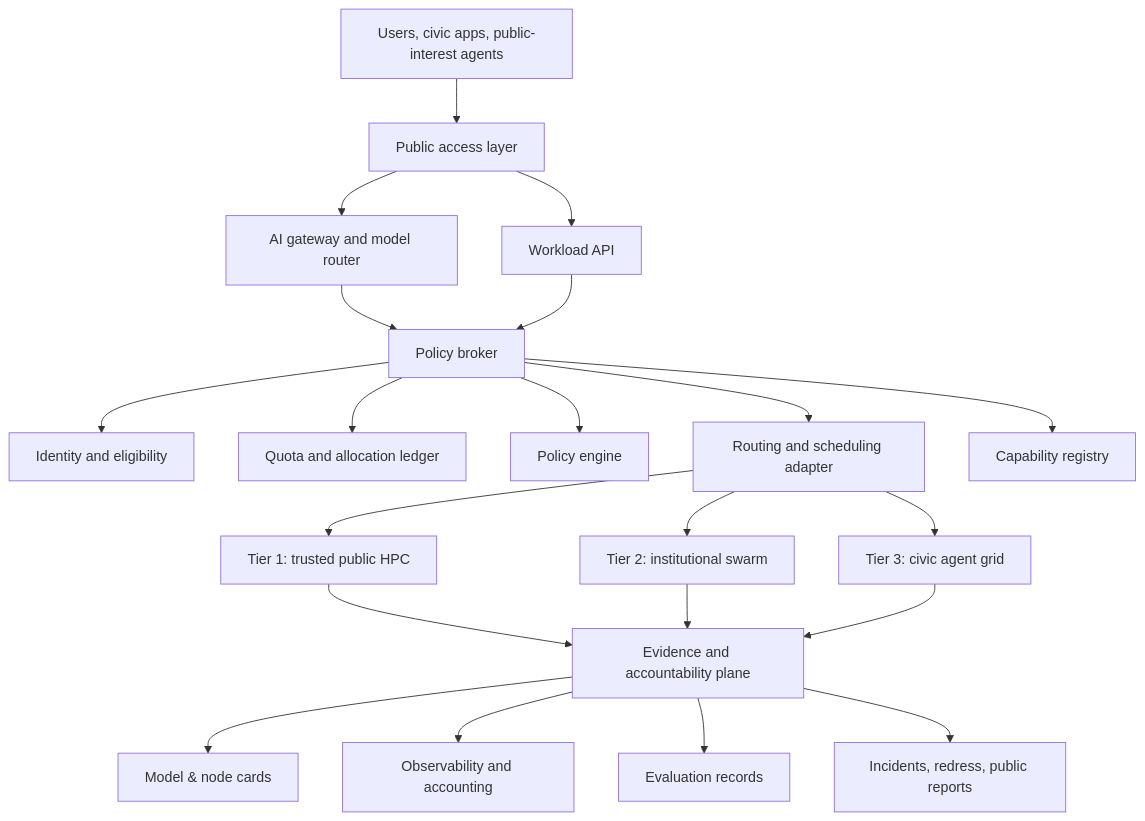
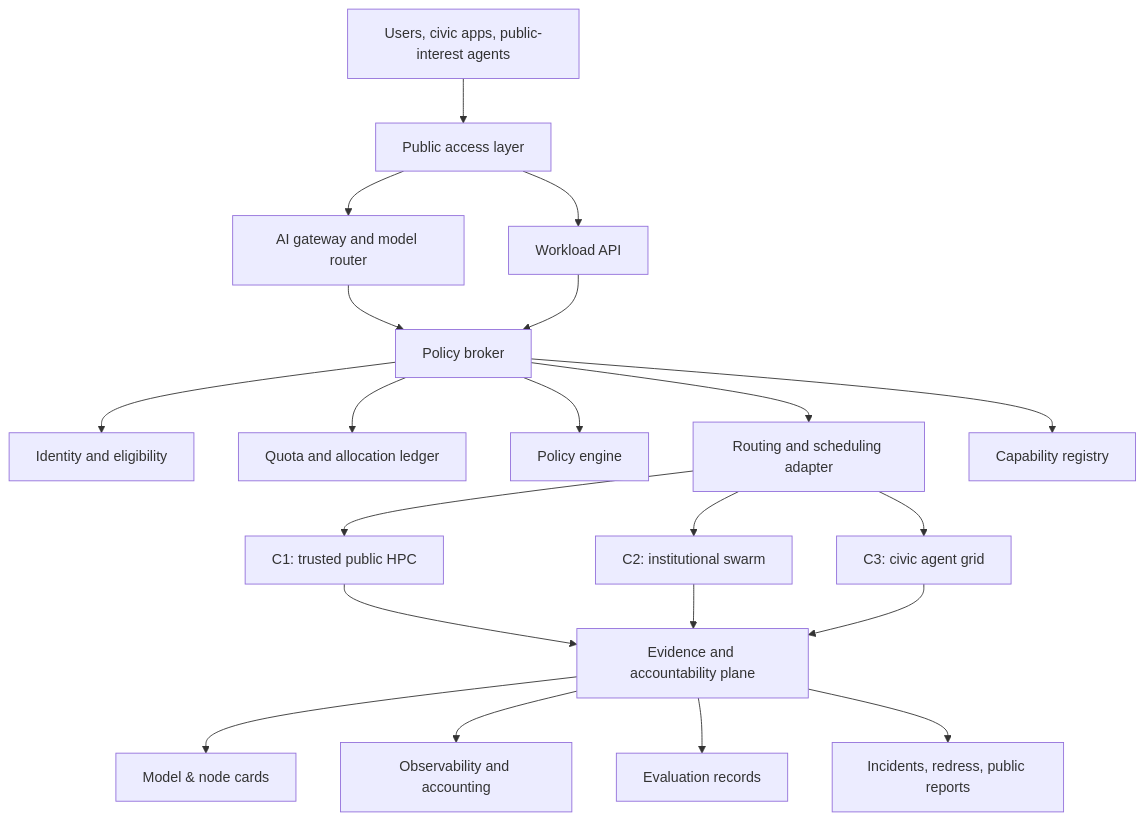
The diagram in docs/Public AI Network/Strategy/federated-public-compute-architecture.md (robertschaub/our-ai-charter), drawn with Mermaid before and after one commit. The commit also changed other lines of this file, not shown here.

First line of the commit message:
docs(public-ai): address review of federated compute architecture

````diff
--- a/docs/Public AI Network/Strategy/federated-public-compute-architecture.md
+++ b/docs/Public AI Network/Strategy/federated-public-compute-architecture.md
@@ -68,23 +68,23 @@
 ```mermaid
 flowchart TB
   U["Users, civic apps, public-interest agents"] --> A["Public access layer"]
   A --> G["AI gateway and model router"]
   A --> W["Workload API"]
   G --> B["Policy broker"]
   W --> B
   B --> I["Identity and eligibility"]
   B --> Q["Quota and allocation ledger"]
   B --> P["Policy engine"]
   B --> R["Routing and scheduling adapter"]
   B --> C["Capability registry"]
-  R --> N1["Tier 1: trusted public HPC"]
-  R --> N2["Tier 2: institutional swarm"]
-  R --> N3["Tier 3: civic agent grid"]
+  R --> N1["C1: trusted public HPC"]
+  R --> N2["C2: institutional swarm"]
+  R --> N3["C3: civic agent grid"]
   N1 --> E["Evidence and accountability plane"]
   N2 --> E
   N3 --> E
   E --> M["Model & node cards"]
   E --> O["Observability and accounting"]
   E --> V["Evaluation records"]
   E --> X["Incidents, redress, public reports"]
 ```
````
